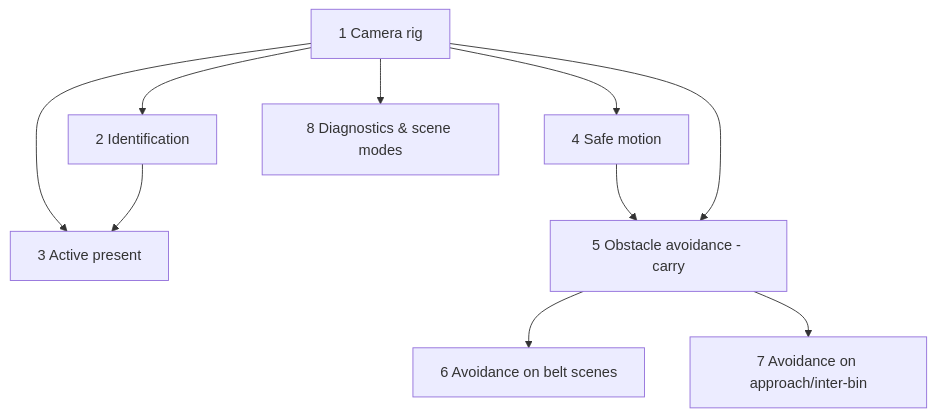
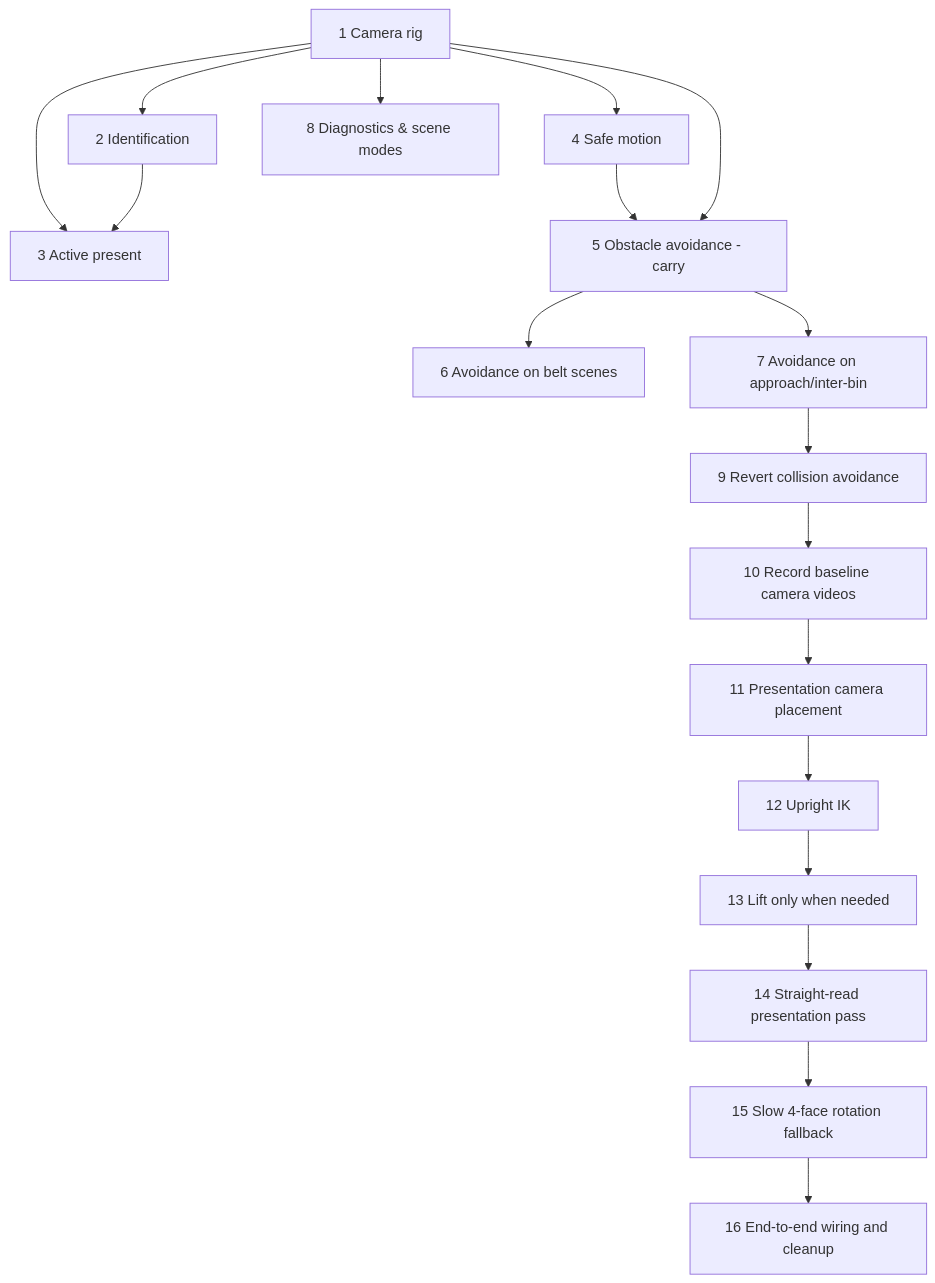
One commit to muktharamesh20/hackachusetts changed the diagram in .kiro/specs/camera-vision/tasks.md. Above: the diagram before and after it, drawn with Mermaid. The commit also changed other lines of this file and 2 other files, not shown here.

Commit message:
docs(spec): camera-vision revision for active presentation fix

````diff
--- a/.kiro/specs/camera-vision/tasks.md
+++ b/.kiro/specs/camera-vision/tasks.md
@@ -13,12 +18,20 @@
 ```mermaid
 graph TD
     T1[1 Camera rig] --> T2[2 Identification]
     T1 --> T3[3 Active present]
     T2 --> T3
     T1 --> T4[4 Safe motion]
     T4 --> T5[5 Obstacle avoidance - carry]
     T1 --> T5
     T5 --> T6[6 Avoidance on belt scenes]
     T5 --> T7[7 Avoidance on approach/inter-bin]
     T1 --> T8[8 Diagnostics & scene modes]
+    T7 --> T9[9 Revert collision avoidance]
+    T9 --> T10[10 Record baseline camera videos]
+    T10 --> T11[11 Presentation camera placement]
+    T11 --> T12[12 Upright IK]
+    T12 --> T13[13 Lift only when needed]
+    T13 --> T14[14 Straight-read presentation pass]
+    T14 --> T15[15 Slow 4-face rotation fallback]
+    T15 --> T16[16 End-to-end wiring and cleanup]
 ```
````
